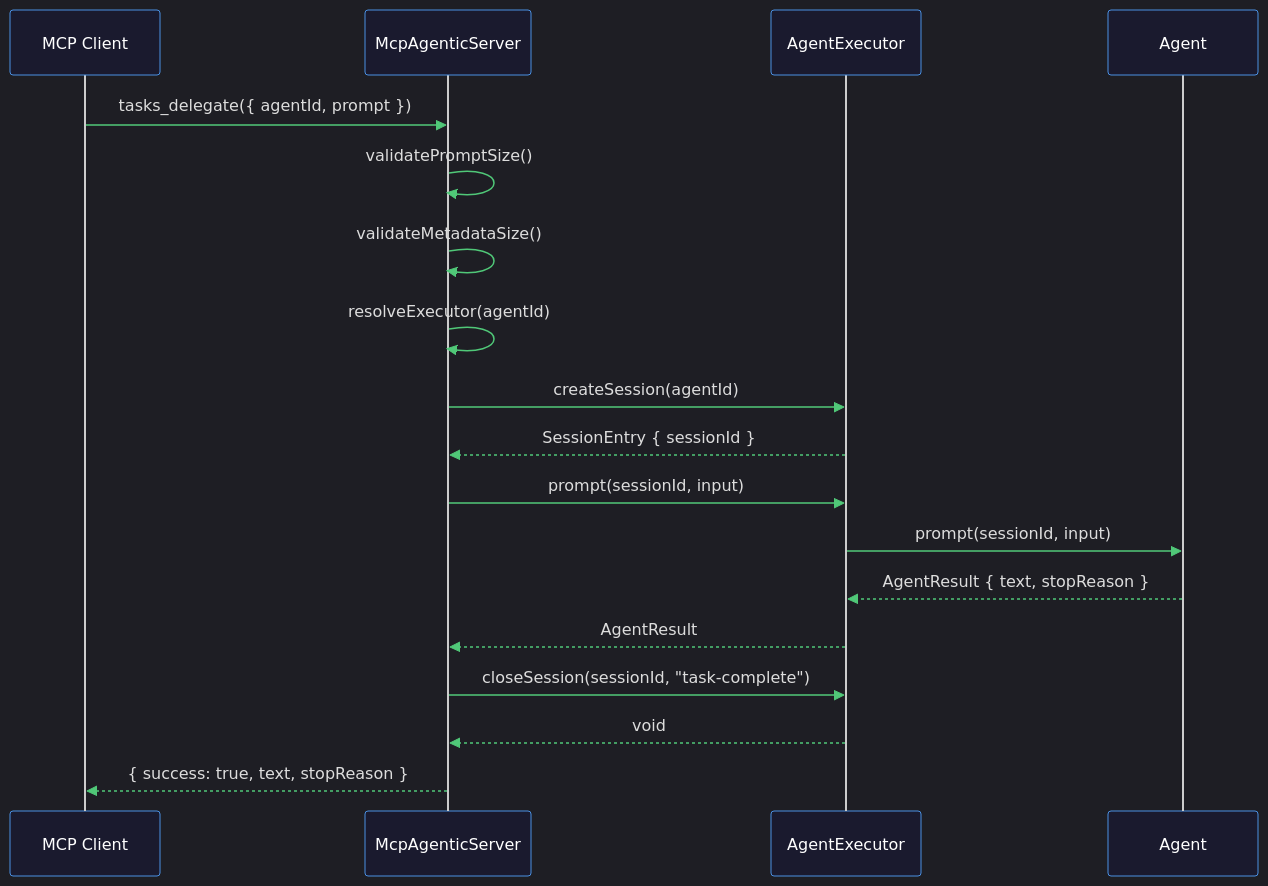
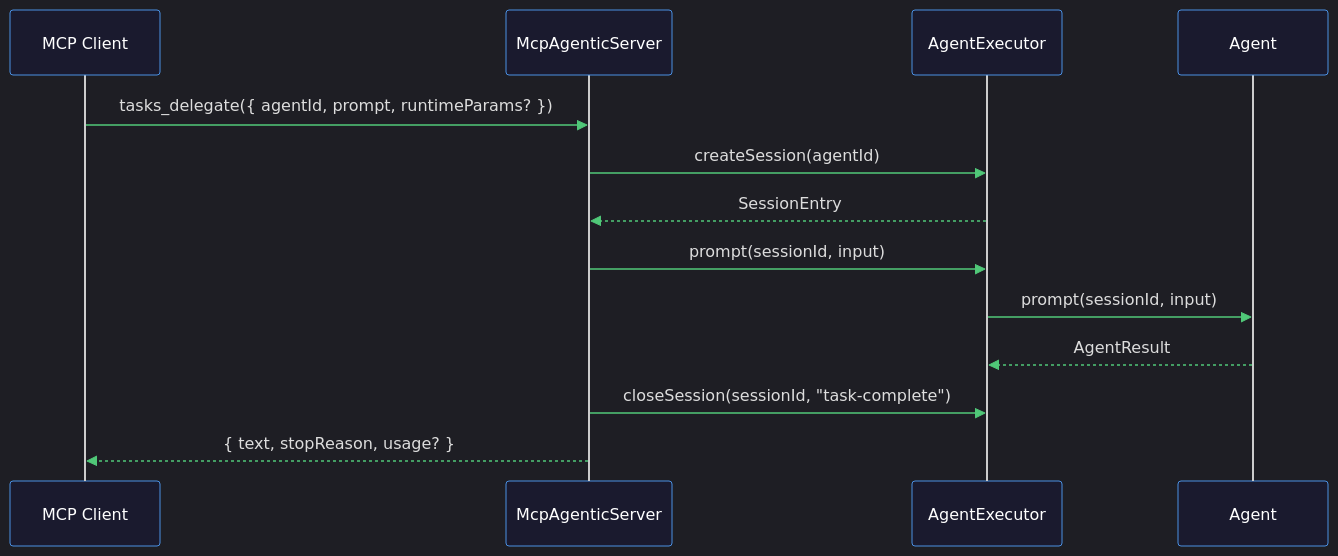
One commit to stdiobus/mcp-agentic changed the fourth of 5 diagrams in README.md. Above: the diagram before and after it, drawn with Mermaid. The commit also changed other lines of this file, not shown here.

First line of the commit message:
docs: update README with expanded features and usage examples

````diff
--- a/README.md
+++ b/README.md
@@ -388,22 +481,17 @@
 ```mermaid
-%%{init: {'theme':'dark', 'themeVariables':{'actorBkg':'#1a1a2e','actorBorder':'#4a90e2','actorTextColor':'#fff','signalColor':'#50c878','signalTextColor':'#ddd','noteBkgColor':'#16213e','noteTextColor':'#fff','noteBorderColor':'#e67e22','activationBkgColor':'#0f3460','activationBorderColor':'#9b59b6','sequenceNumberColor':'#f39c12'}}}%%
+%%{init: {'theme':'dark', 'themeVariables':{'actorBkg':'#1a1a2e','actorBorder':'#4a90e2','actorTextColor':'#fff','signalColor':'#50c878','signalTextColor':'#ddd','noteBkgColor':'#16213e','noteTextColor':'#fff','noteBorderColor':'#e67e22','activationBkgColor':'#0f3460','activationBorderColor':'#9b59b6'}}}%%
 sequenceDiagram
     participant C as MCP Client
     participant S as McpAgenticServer
     participant E as AgentExecutor
     participant A as Agent
 
-    C->>S: tasks_delegate({ agentId, prompt })
-    S->>S: validatePromptSize()
-    S->>S: validateMetadataSize()
-    S->>S: resolveExecutor(agentId)
+    C->>S: tasks_delegate({ agentId, prompt, runtimeParams? })
     S->>E: createSession(agentId)
-    E-->>S: SessionEntry { sessionId }
+    E-->>S: SessionEntry
     S->>E: prompt(sessionId, input)
     E->>A: prompt(sessionId, input)
-    A-->>E: AgentResult { text, stopReason }
-    E-->>S: AgentResult
+    A-->>E: AgentResult
     S->>E: closeSession(sessionId, "task-complete")
-    E-->>S: void
-    S-->>C: { success: true, text, stopReason }
+    S-->>C: { text, stopReason, usage? }
 ```
````
